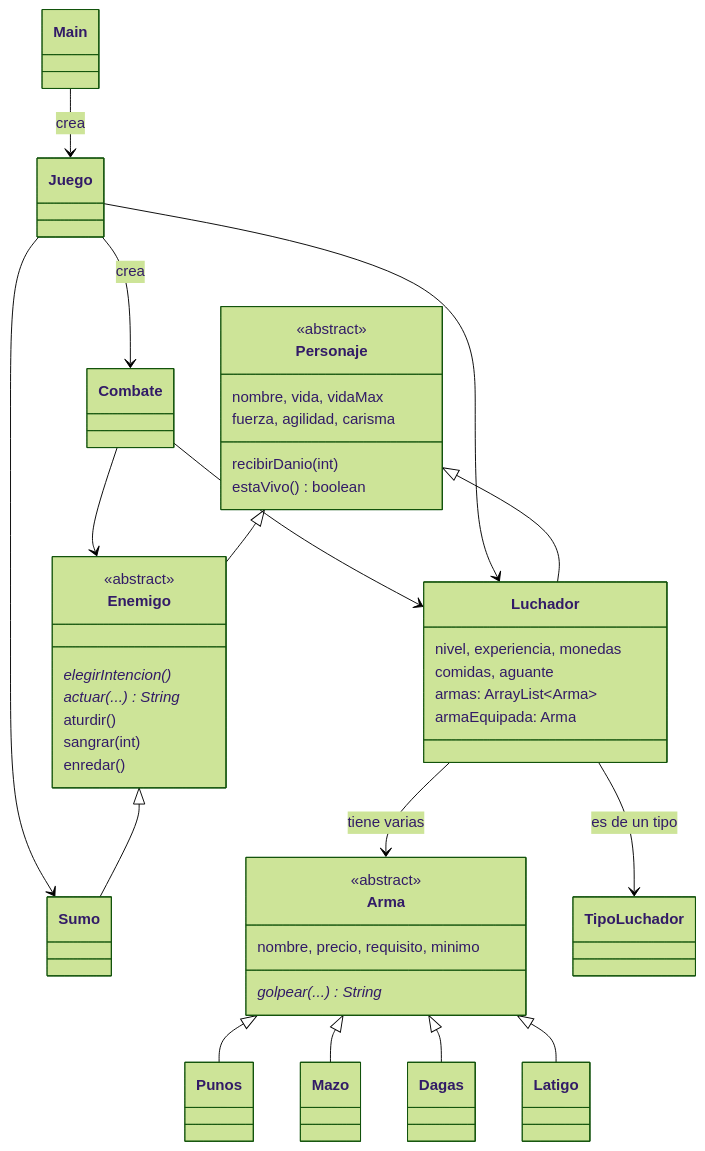
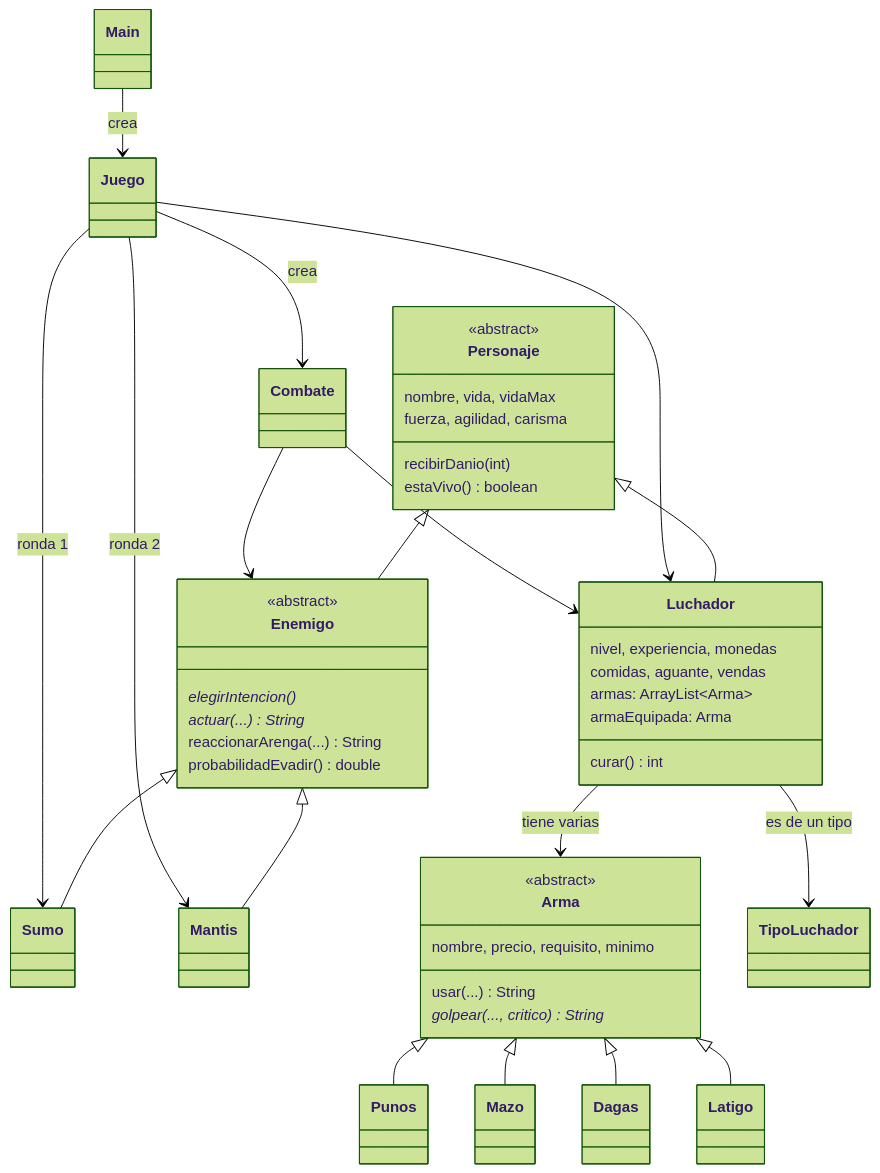
One commit to GonViv05/UPA changed the first of 2 diagrams in Informatica1/TPfinal/README.md. Above: the diagram before and after it, drawn with Mermaid (forest theme). The commit also changed other lines of this file and 17 other files, not shown here.

Commit message:
TPfinal v4: Sor Tijereta (segunda ronda), críticos, vendas, colores y textos variados

````diff
--- a/Informatica1/TPfinal/README.md
+++ b/Informatica1/TPfinal/README.md
@@ -326,45 +390,49 @@
 ```mermaid
 classDiagram
   class Personaje {
     <<abstract>>
     nombre, vida, vidaMax
     fuerza, agilidad, carisma
     recibirDanio(int)
     estaVivo() boolean
   }
   class Luchador {
     nivel, experiencia, monedas
-    comidas, aguante
+    comidas, aguante, vendas
     armas: ArrayList~Arma~
     armaEquipada: Arma
+    curar() int
   }
   class Enemigo {
     <<abstract>>
     elegirIntencion()*
     actuar(...)* String
-    aturdir()
-    sangrar(int)
-    enredar()
+    reaccionarArenga(...) String
+    probabilidadEvadir() double
   }
   class Sumo
+  class Mantis
   class Arma {
     <<abstract>>
     nombre, precio, requisito, minimo
-    golpear(...)* String
+    usar(...) String
+    golpear(..., critico)* String
   }
   Personaje <|-- Luchador
   Personaje <|-- Enemigo
   Enemigo <|-- Sumo
+  Enemigo <|-- Mantis
   Arma <|-- Punos
   Arma <|-- Mazo
   Arma <|-- Dagas
   Arma <|-- Latigo
   Luchador --> Arma : tiene varias
   Luchador --> TipoLuchador : es de un tipo
   Juego --> Luchador
-  Juego --> Sumo
+  Juego --> Sumo : ronda 1
+  Juego --> Mantis : ronda 2
   Juego --> Combate : crea
   Combate --> Luchador
   Combate --> Enemigo
   Main --> Juego : crea
 ```
````
